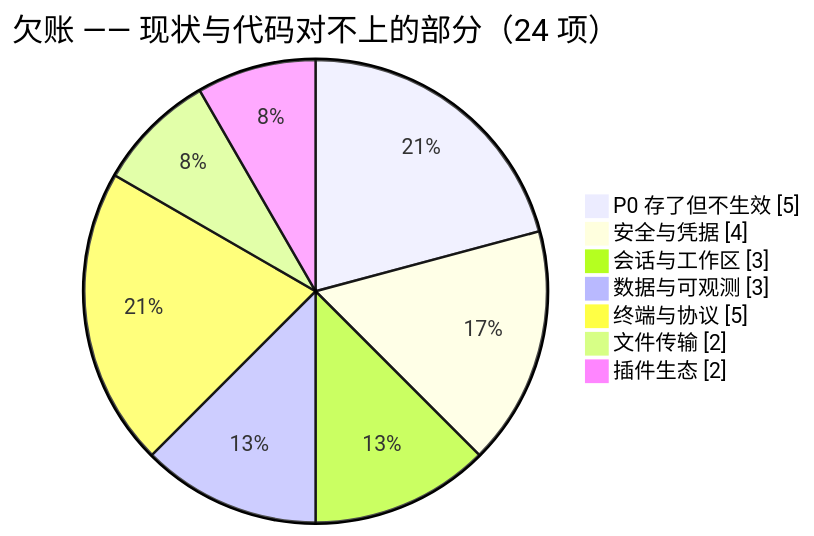
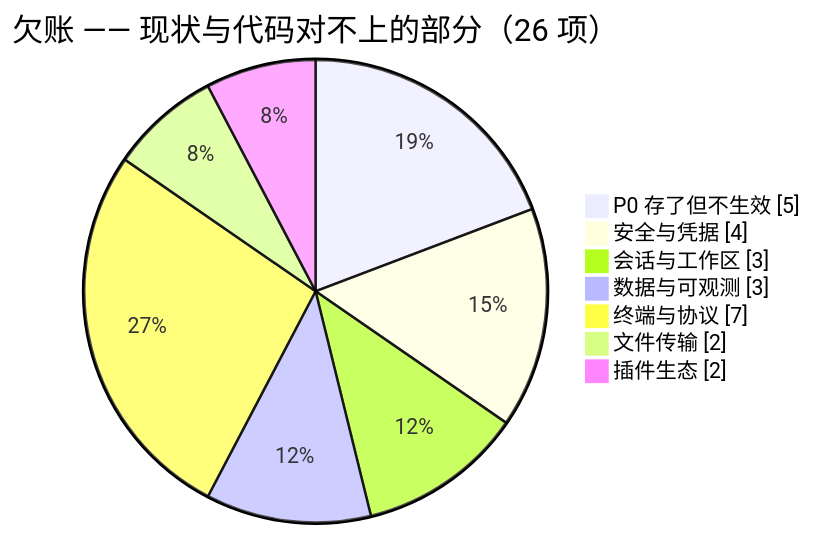
Before and after one commit to joesdu/VelaShell: the first of 2 diagrams in feature-plan.md, drawn with Mermaid. The commit also changed other lines of this file and 290 other files, not shown here.

````diff
--- a/feature-plan.md
+++ b/feature-plan.md
@@ -39,11 +39,11 @@
 ```mermaid
 pie showData
-    title 欠账 —— 现状与代码对不上的部分（24 项）
+    title 欠账 —— 现状与代码对不上的部分（26 项）
     "P0 存了但不生效" : 5
     "安全与凭据" : 4
     "会话与工作区" : 3
     "数据与可观测" : 3
-    "终端与协议" : 5
+    "终端与协议" : 7
     "文件传输" : 2
     "插件生态" : 2
 ```
````
